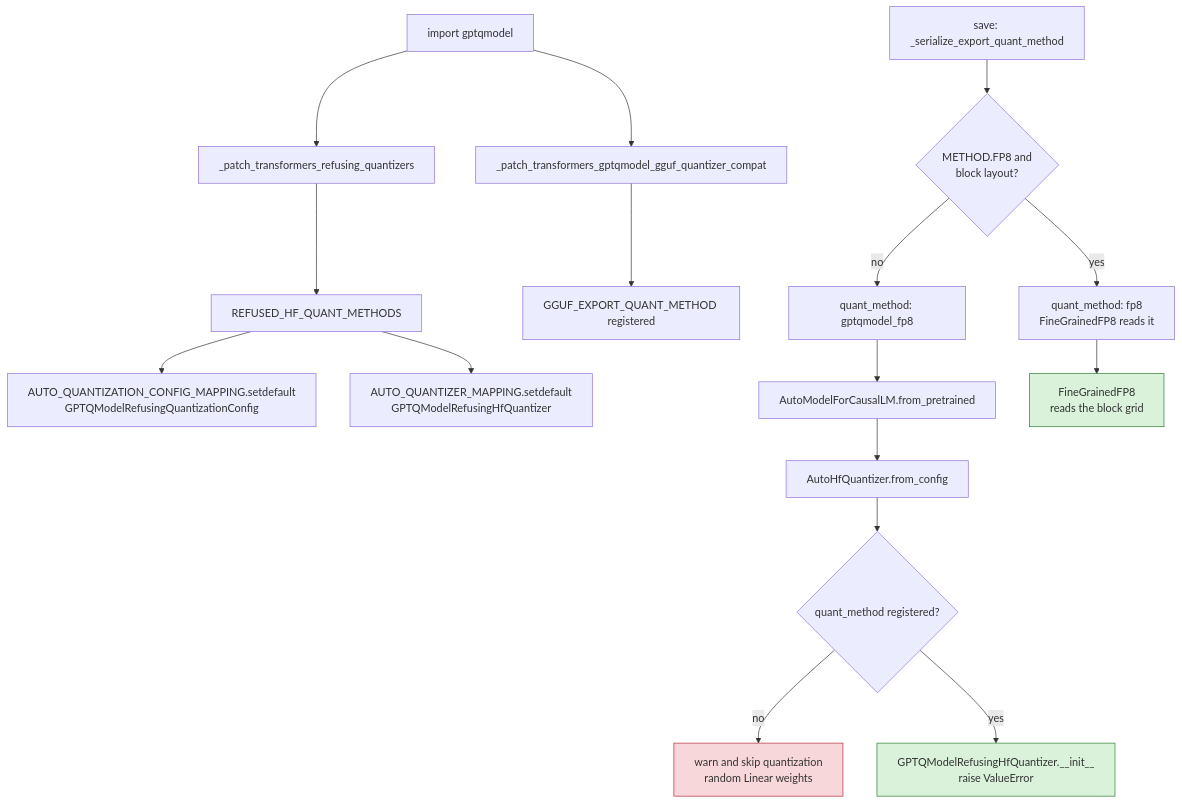
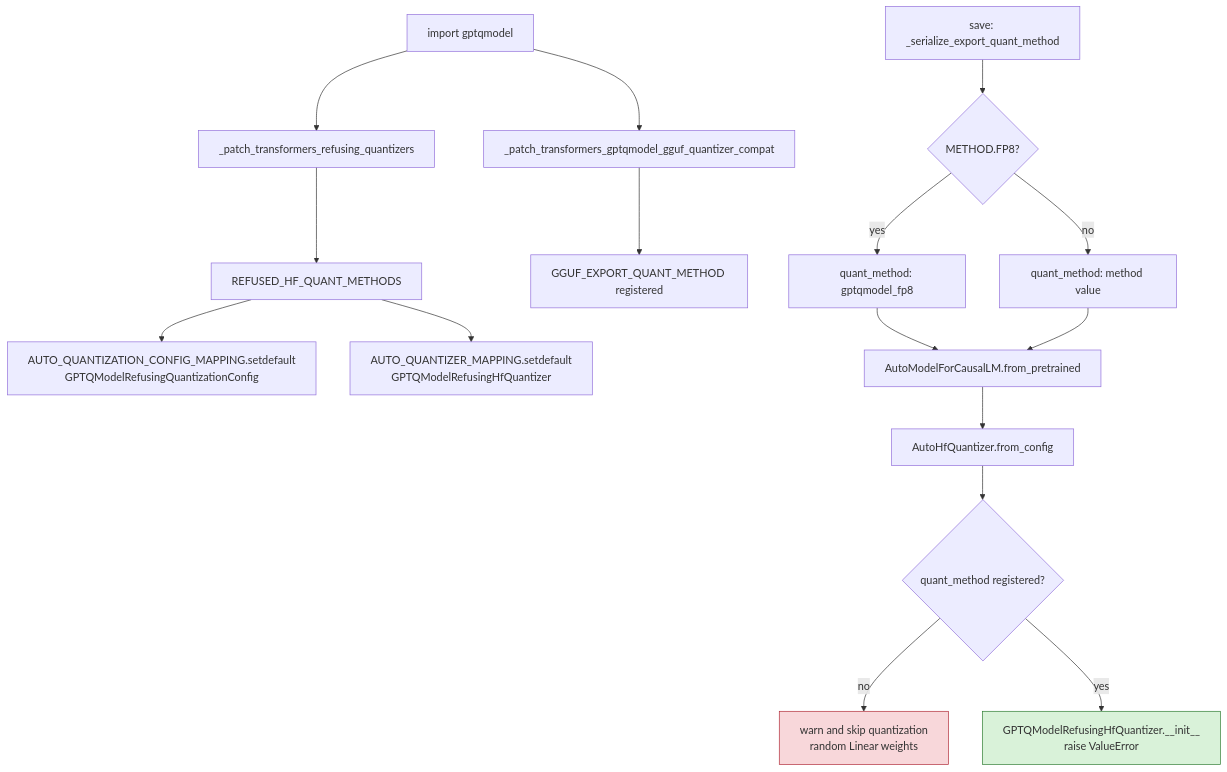
One commit to ModelCloud/GPTQModel changed the eighth of 10 diagrams in docs/hf-interop.md. Above: the diagram before and after it, drawn with Mermaid. The commit also changed other lines of this file and 6 other files, not shown here.

````diff
--- a/docs/hf-interop.md
+++ b/docs/hf-interop.md
@@ -261,21 +261,20 @@
 ```mermaid
 flowchart TD
     A["import gptqmodel"] --> B["_patch_transformers_refusing_quantizers"]
     B --> C["REFUSED_HF_QUANT_METHODS"]
     C --> D["AUTO_QUANTIZATION_CONFIG_MAPPING.setdefault<br/>GPTQModelRefusingQuantizationConfig"]
     C --> E["AUTO_QUANTIZER_MAPPING.setdefault<br/>GPTQModelRefusingHfQuantizer"]
     A --> F["_patch_transformers_gptqmodel_gguf_quantizer_compat"]
     F --> F2["GGUF_EXPORT_QUANT_METHOD registered"]
-    S["save: _serialize_export_quant_method"] --> S2{"METHOD.FP8 and<br/>block layout?"}
-    S2 -- yes --> S3["quant_method: fp8<br/>FineGrainedFP8 reads it"]
-    S2 -- no --> S4["quant_method: gptqmodel_fp8"]
+    S["save: _serialize_export_quant_method"] --> S2{"METHOD.FP8?"}
+    S2 -- yes --> S4["quant_method: gptqmodel_fp8"]
+    S2 -- no --> S5["quant_method: method value"]
     S4 --> G
+    S5 --> G
     G["AutoModelForCausalLM.from_pretrained"] --> H["AutoHfQuantizer.from_config"]
     H --> I{"quant_method registered?"}
     I -- no --> J["warn and skip quantization<br/>random Linear weights"]
     I -- yes --> K["GPTQModelRefusingHfQuantizer.__init__<br/>raise ValueError"]
-    S3 --> T["FineGrainedFP8<br/>reads the block grid"]
     style J fill:#f8d7da,stroke:#b02a37
     style K fill:#d9f2d9,stroke:#2e7d32
-    style T fill:#d9f2d9,stroke:#2e7d32
 ```
````
